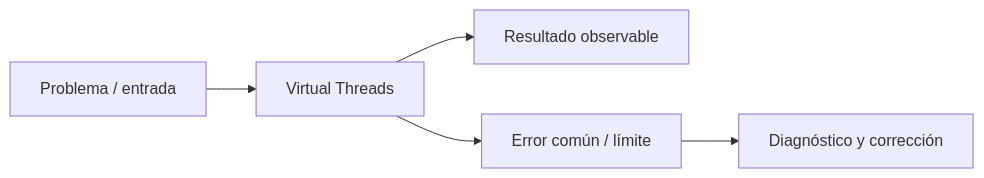
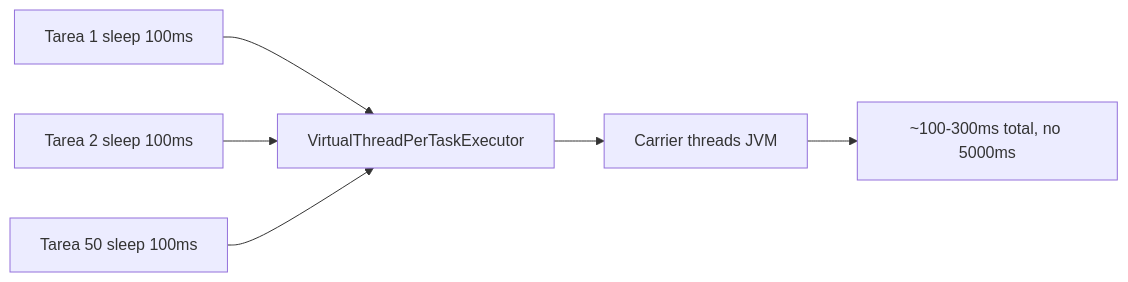
One commit to NICORUIZ93/The_Imperial_Book changed the diagram in docs/cursos/springboot-microservicios-desde-cero/fichas/m01-l02-virtual-threads.md. Above: the diagram before and after it, drawn with Mermaid. The commit also changed other lines of this file and 119 other files, not shown here.

````diff
--- a/docs/cursos/springboot-microservicios-desde-cero/fichas/m01-l02-virtual-threads.md
+++ b/docs/cursos/springboot-microservicios-desde-cero/fichas/m01-l02-virtual-threads.md
@@ -19,7 +29,8 @@
 ```mermaid
 flowchart LR
-  A[Problema / entrada] --> B[Virtual Threads]
-  B --> C[Resultado observable]
-  B --> D[Error común / límite]
-  D --> E[Diagnóstico y corrección]
+  T1[Tarea 1 sleep 100ms] --> E[VirtualThreadPerTaskExecutor]
+  T2[Tarea 2 sleep 100ms] --> E
+  Tn[Tarea 50 sleep 100ms] --> E
+  E --> C[Carrier threads JVM]
+  C --> R[~100-300ms total, no 5000ms]
 ```
````
